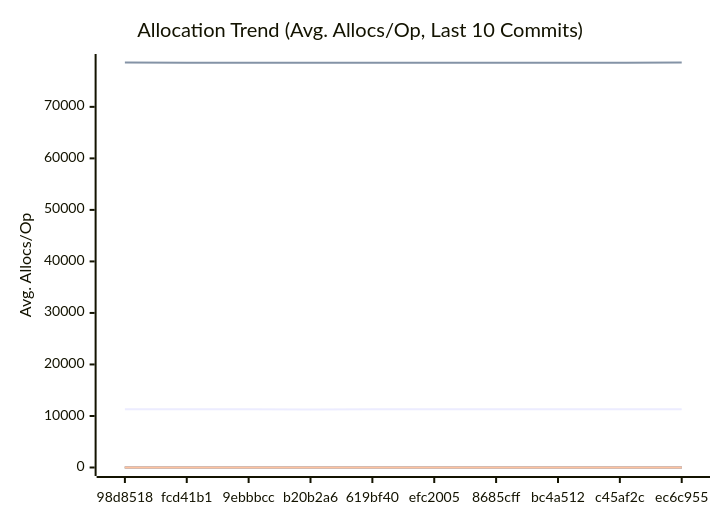
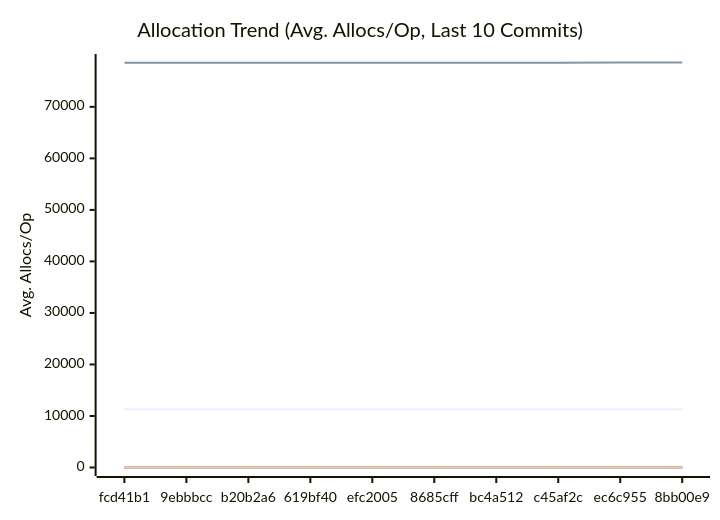
Before and after one commit to alsotoes/momo: the third of 3 diagrams in docs/PERFORMANCE.md, drawn with Mermaid. The commit also changed other lines of this file and 3 other files, not shown here.

````diff
--- a/docs/PERFORMANCE.md
+++ b/docs/PERFORMANCE.md
@@ -197,20 +197,20 @@
 ```mermaid
 xychart-beta
     title "Allocation Trend (Avg. Allocs/Op, Last 10 Commits)"
     x-axis "Commit"
     y-axis "Avg. Allocs/Op"
-    x-axis [98d8518,fcd41b1,9ebbbcc,b20b2a6,619bf40,efc2005,8685cff,bc4a512,c45af2c,ec6c955]
-    line "AWSChunkedReaderSigned" [11316,11296,11282,11271,11298,11310,11291,11308,11295,11329]
-    line "AWSChunkedReaderUnsigned" [78586,78573,78566,78562,78570,78573,78562,78577,78570,78609]
+    x-axis [fcd41b1,9ebbbcc,b20b2a6,619bf40,efc2005,8685cff,bc4a512,c45af2c,ec6c955,8bb00e9]
+    line "AWSChunkedReaderSigned" [11296,11282,11271,11298,11310,11291,11308,11295,11329,11303]
+    line "AWSChunkedReaderUnsigned" [78573,78566,78562,78570,78573,78562,78577,78570,78609,78592]
     line "CheckMetricsAndSwap" [0,0,0,0,0,0,0,0,0,0]
     line "CrushOptimized" [0,0,0,0,0,0,0,0,0,0]
     line "CrushOriginal" [3,3,3,3,3,3,3,3,3,3]
     line "IndexDirectTracking" [0,0,0,0,0,0,0,0,0,0]
     line "IndexSearch" [0,0,0,0,0,0,0,0,0,0]
     line "LoadGlobalConfig" [46,46,46,46,46,46,46,46,46,46]
     line "PadString" [1,1,1,1,1,1,1,1,1,1]
     line "ParseReplicationOrder_NoPrealloc" [6,6,6,6,6,5,5,5,5,5]
     line "ParseReplicationOrder_Prealloc" [2,2,2,2,2,1,1,1,1,1]
     line "SanitizeLog/Safe" [0,0,0,0,0,0,0,0,0,0]
     line "SanitizeLog/Unsafe" [1,1,1,1,1,1,1,1,1,1]
 ```
````
